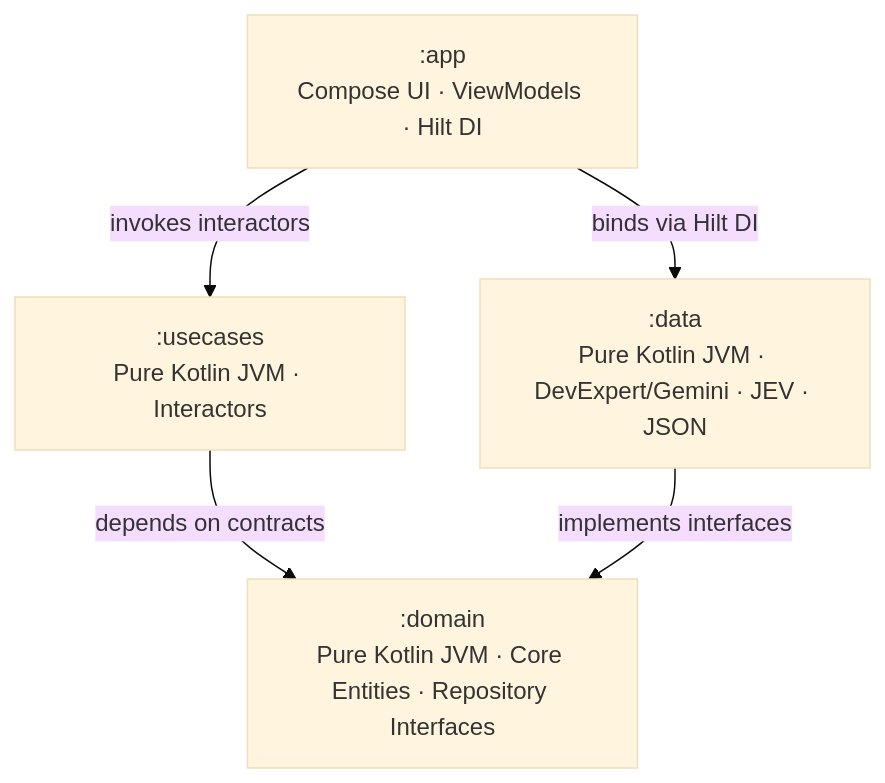
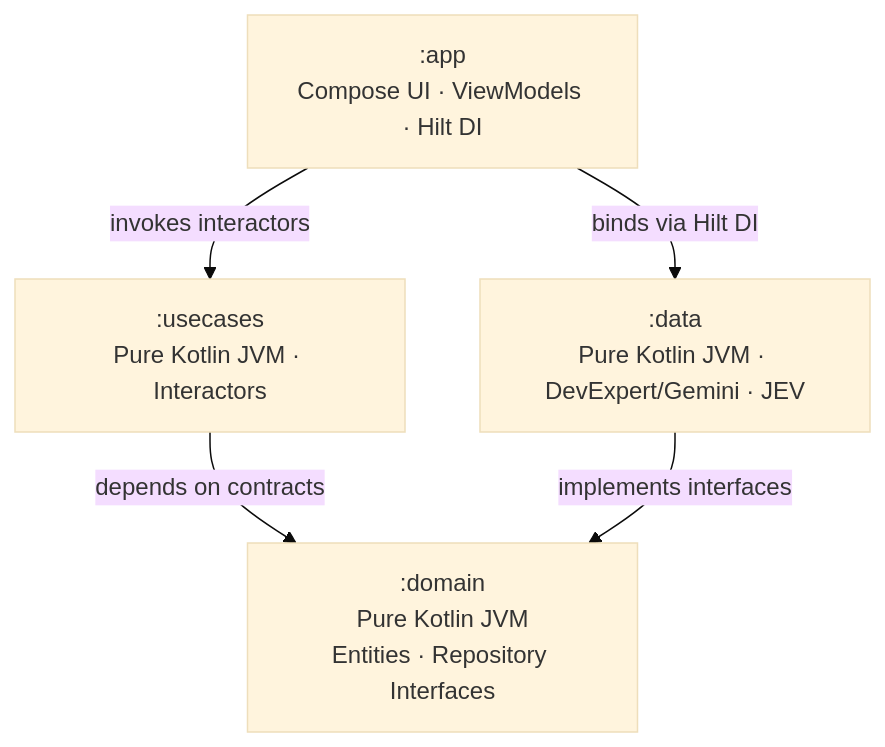
The first of 3 diagrams in README.md (albertmartorell1975/BasketCoach), drawn with Mermaid (base theme) before and after one commit. The commit also changed other lines of this file, not shown here.

Commit message:
docs(readme): add Android AI Workflow Foundation repository links and update architecture flowcharts

````diff
--- a/README.md
+++ b/README.md
@@ -33,12 +33,12 @@
 ```mermaid
 flowchart TD
     App[":app<br/>Compose UI · ViewModels · Hilt DI"]
     UseCases[":usecases<br/>Pure Kotlin JVM · Interactors"]
-    Data[":data<br/>Pure Kotlin JVM · DevExpert/Gemini · JEV · JSON"]
-    Domain[":domain<br/>Pure Kotlin JVM · Core Entities · Repository Interfaces"]
+    Data[":data<br/>Pure Kotlin JVM · DevExpert/Gemini · JEV"]
+    Domain[":domain<br/>Pure Kotlin JVM<br/>Entities · Repository Interfaces"]
 
     App -->|invokes interactors| UseCases
     App -->|binds via Hilt DI| Data
     UseCases -->|depends on contracts| Domain
     Data -->|implements interfaces| Domain
 ```
````
